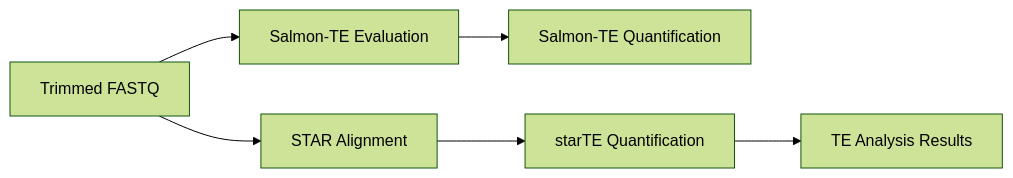
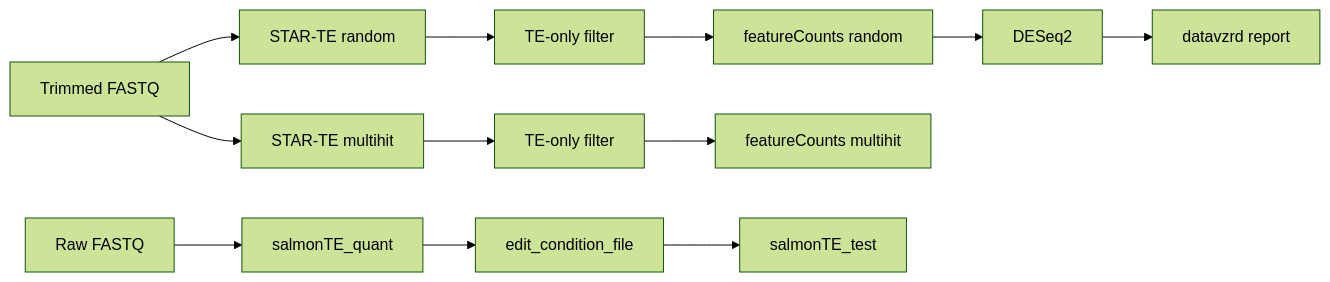
The diagram in docs/modules/te-analysis.md (boulardlab/3t-seq), drawn with Mermaid (forest theme) before and after one commit. The commit also changed other lines of this file, not shown here.

First line of the commit message:
docs(te-analysis): describe STAR-TE and SalmonTE as implemented

````diff
--- a/docs/modules/te-analysis.md
+++ b/docs/modules/te-analysis.md
@@ -11,8 +13,15 @@
 ```mermaid
 graph LR
-    A[Trimmed FASTQ] --> B[Salmon-TE Evaluation]
-    B --> C[Salmon-TE Quantification]
-    A --> D[STAR Alignment]
-    D --> E[starTE Quantification]
-    E --> F[TE Analysis Results]
+    T[Trimmed FASTQ] --> R[STAR-TE random]
+    T --> M[STAR-TE multihit]
+    R --> RF[TE-only filter]
+    M --> MF[TE-only filter]
+    RF --> RC[featureCounts random]
+    MF --> MC[featureCounts multihit]
+    RC --> D[DESeq2]
+    D --> V[datavzrd report]
+
+    A[Raw FASTQ] --> Q[salmonTE_quant]
+    Q --> C[edit_condition_file]
+    C --> S[salmonTE_test]
 ```
````
